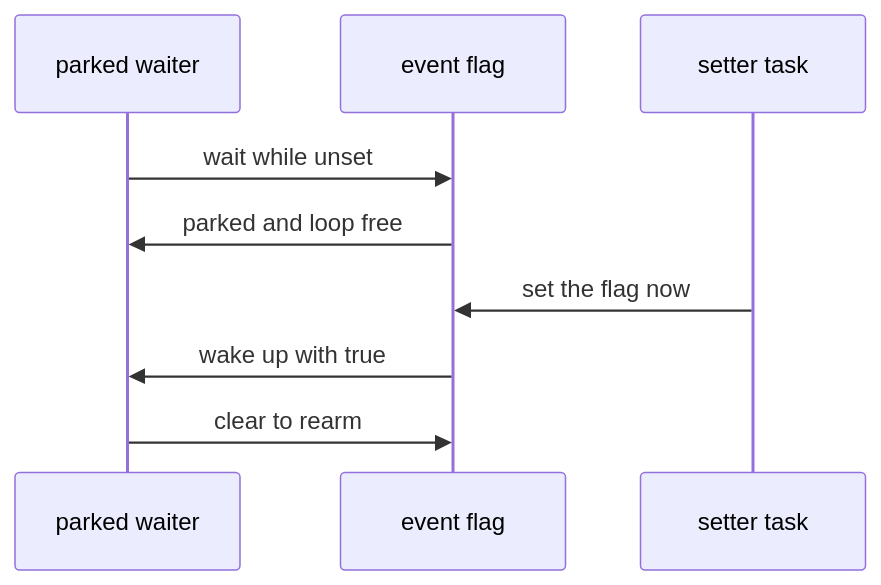
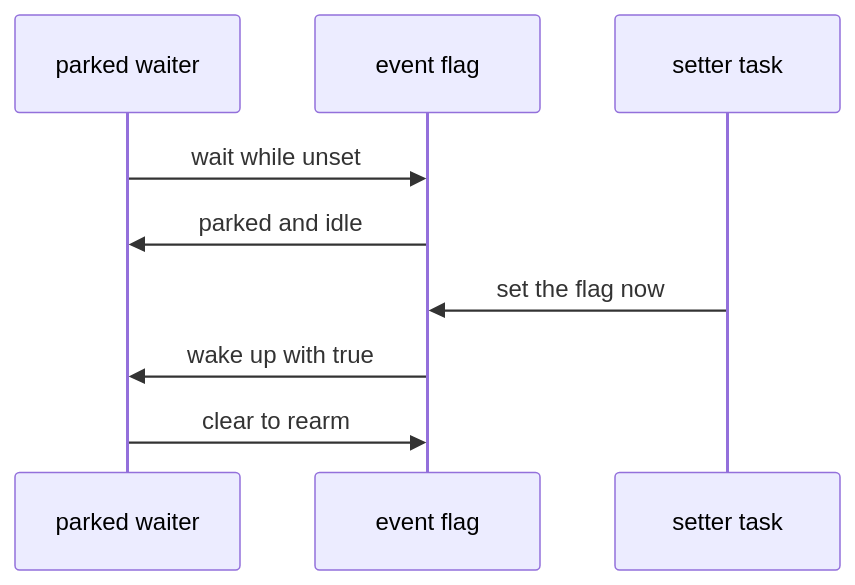
Before and after one commit to AslamNazeerShaikh/Python-Material: the fifth of 6 diagrams in docs/learning/15-asyncio.md, drawn with Mermaid. The commit also changed other lines of this file, not shown here.

````diff
--- a/docs/learning/15-asyncio.md
+++ b/docs/learning/15-asyncio.md
@@ -411,11 +411,11 @@
 ```mermaid
 sequenceDiagram
     participant Waiter as parked waiter
     participant Flag as event flag
     participant Setter as setter task
     Waiter->>Flag: wait while unset
-    Flag->>Waiter: parked and loop free
+    Flag->>Waiter: parked and idle
     Setter->>Flag: set the flag now
     Flag->>Waiter: wake up with true
     Waiter->>Flag: clear to rearm
 ```
````
